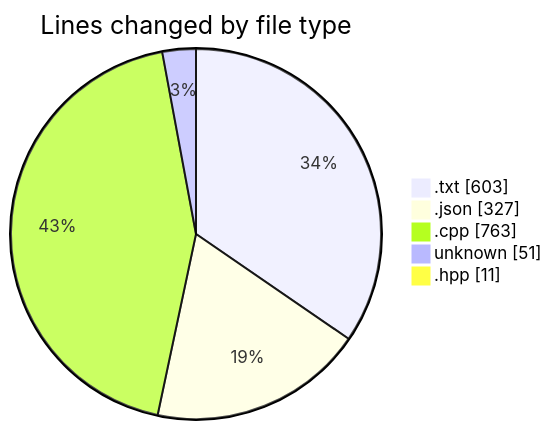
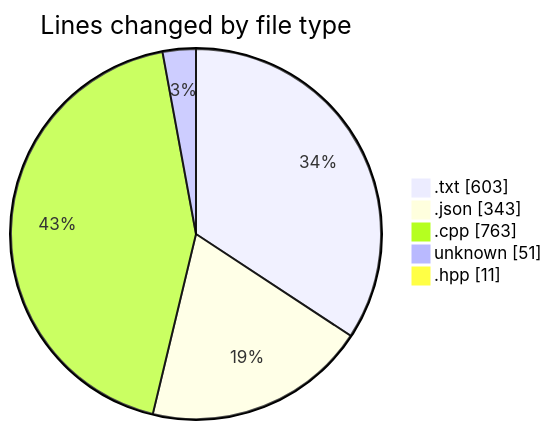
The first of 2 diagrams in 2025-04-07/echo/README.md (Netris89/code-tracking), drawn with Mermaid before and after one commit. The commit also changed other lines of this file and 1 other file, not shown here.

````diff
--- a/2025-04-07/echo/README.md
+++ b/2025-04-07/echo/README.md
@@ -29,9 +29,9 @@
 ```mermaid
 pie showData
 title Lines changed by file type
 ".txt" : 603
-".json" : 327
+".json" : 343
 ".cpp" : 763
 "unknown" : 51
 ".hpp" : 11
 ```
````
